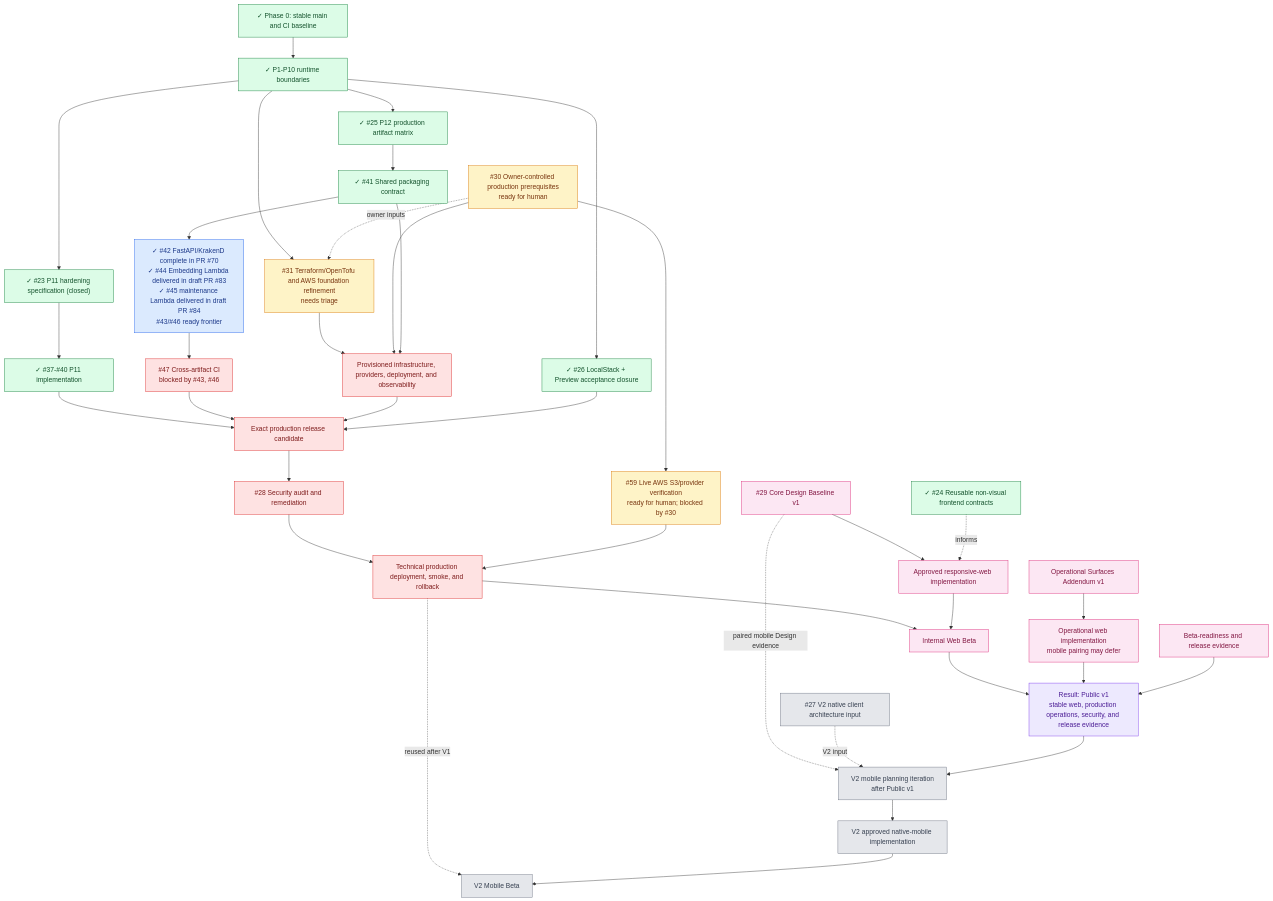
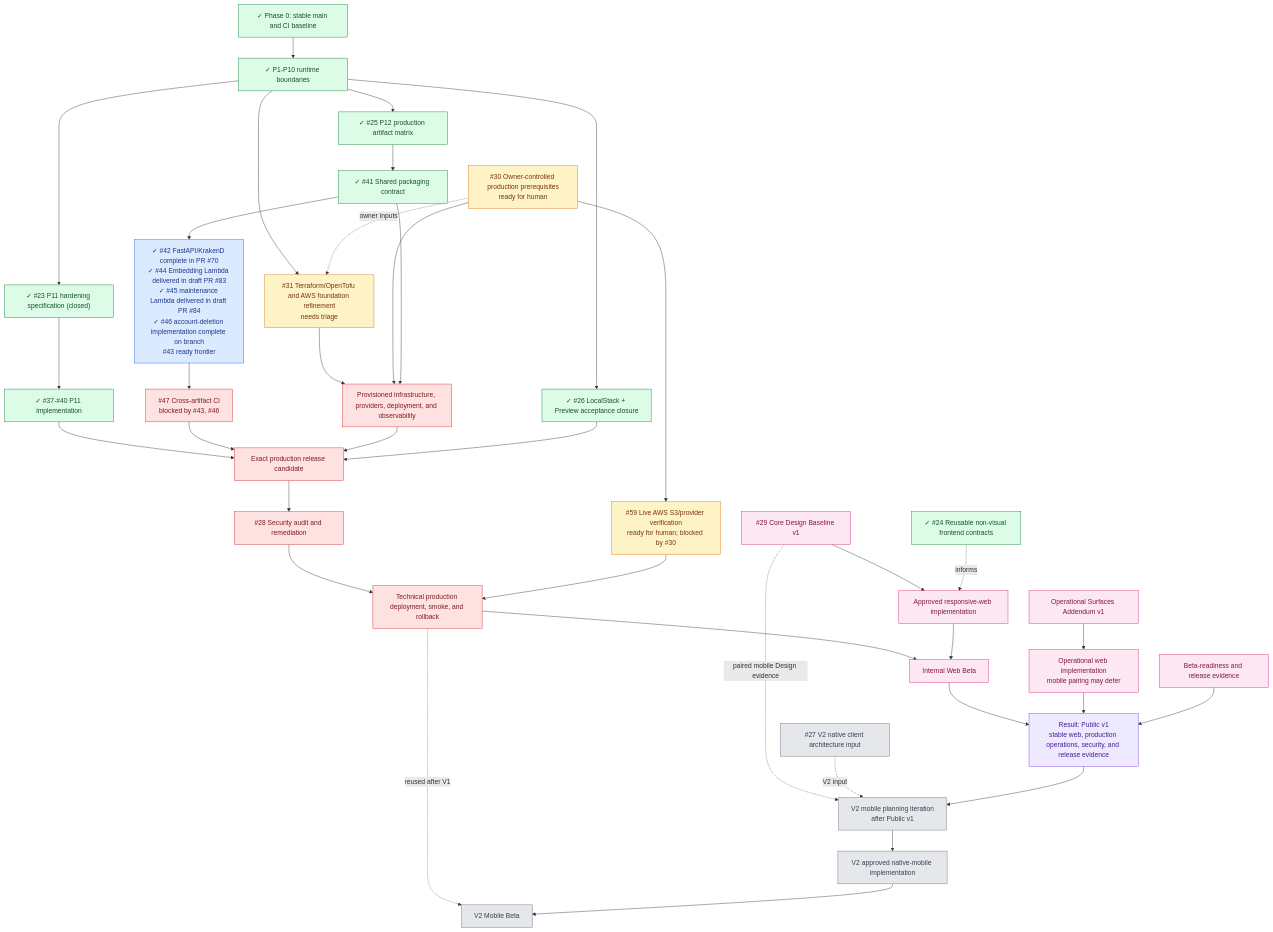
Before and after one commit to starkovalera/recipe-manager: the third of 3 diagrams in docs/roadmap.md, drawn with Mermaid. The commit also changed other lines of this file and 11 other files, not shown here.

Commit message:
feat(infra): add account-deletion Lambda artifact

```diff
--- a/docs/roadmap.md
+++ b/docs/roadmap.md
@@ -188,7 +188,7 @@
   p11Implementation["✓ #37-#40 P11 implementation"]
   p12Spec["✓ #25 P12 production artifact matrix"]
   p12Shared["✓ #41 Shared packaging contract"]
-  p12Artifacts["✓ #42 FastAPI/KrakenD complete in PR #70<br/>✓ #44 Embedding Lambda delivered in draft PR #83<br/>✓ #45 maintenance Lambda delivered in draft PR #84<br/>#43/#46 ready frontier"]
+  p12Artifacts["✓ #42 FastAPI/KrakenD complete in PR #70<br/>✓ #44 Embedding Lambda delivered in draft PR #83<br/>✓ #45 maintenance Lambda delivered in draft PR #84<br/>✓ #46 account-deletion implementation complete on branch<br/>#43 ready frontier"]
   p12Ci["#47 Cross-artifact CI<br/>blocked by #43, #46"]
   localstack["✓ #26 LocalStack + Preview acceptance closure"]
   liveAws["#59 Live AWS S3/provider verification<br/>ready for human; blocked by #30"]
```
